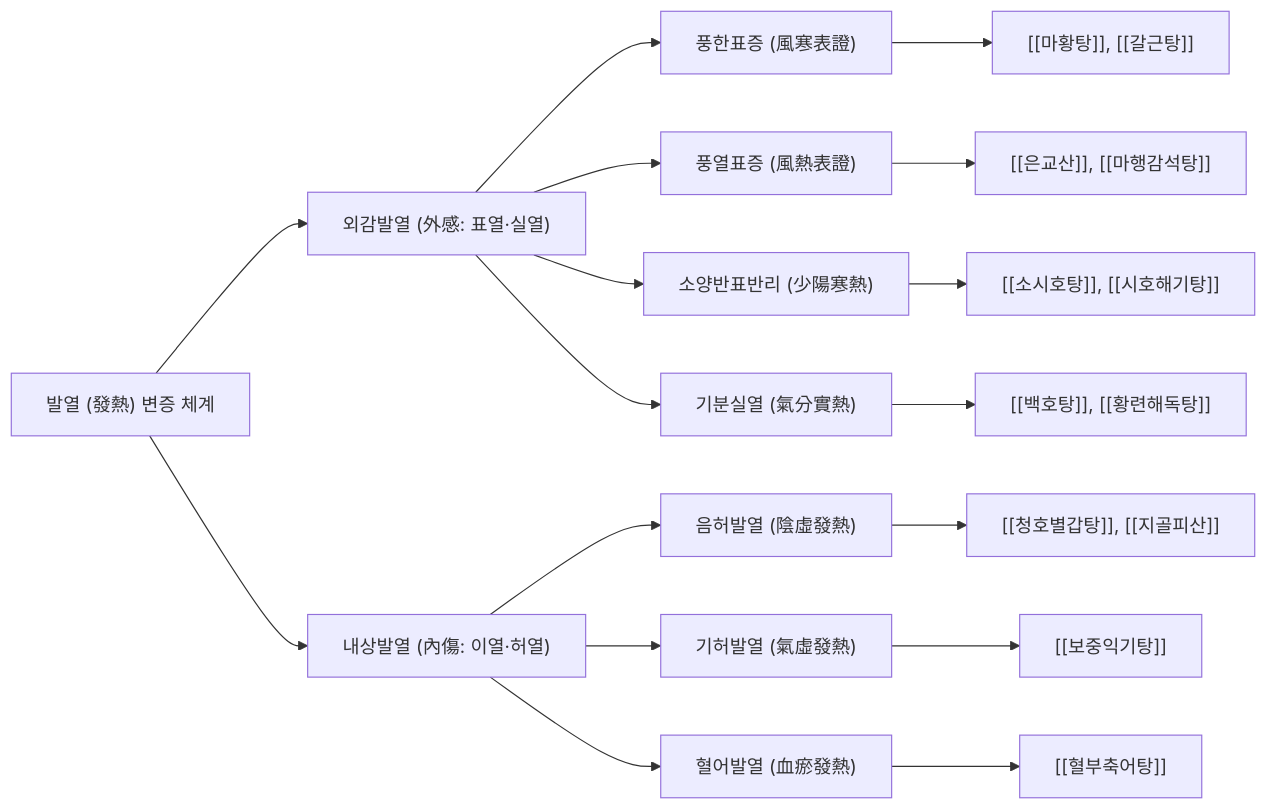
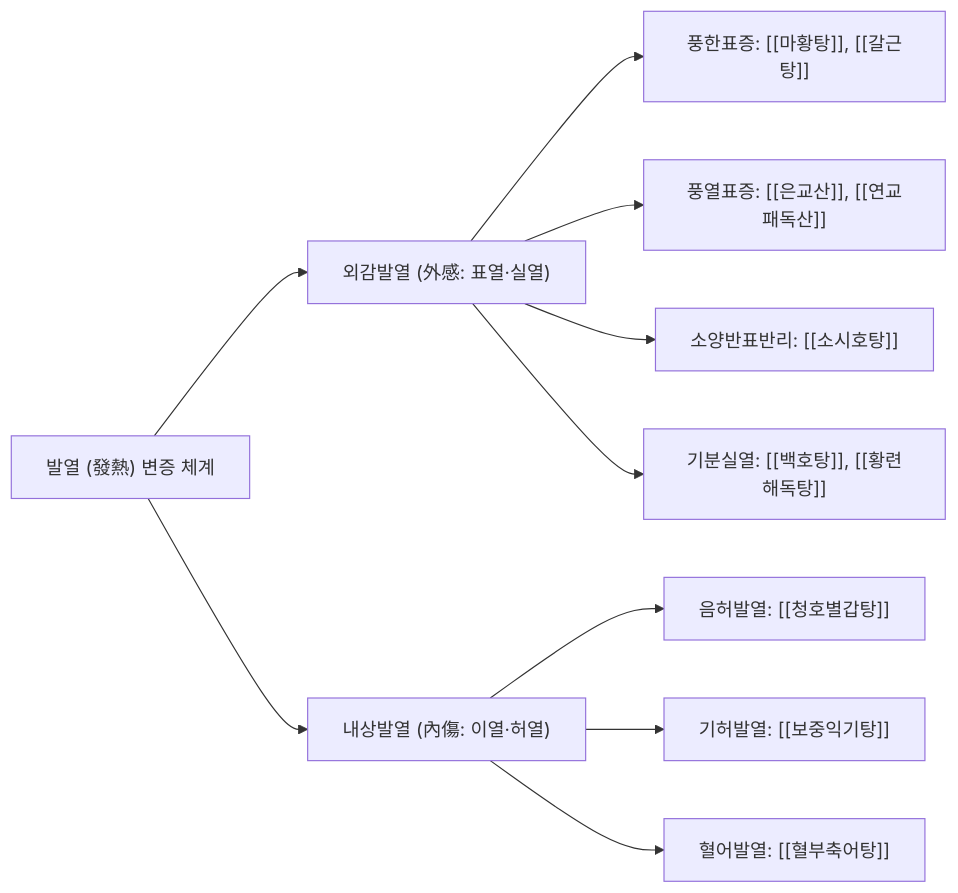
One commit to simbio11/simbio-digital-garden2 changed the second of 2 diagrams in content/3. 이론 공부/질환/호흡기 질환/기타 호흡기/발열.md. Above: the diagram before and after it, drawn with Mermaid. The commit also changed other lines of this file and 86 other files, not shown here.

````diff
--- a/content/3. 이론 공부/질환/호흡기 질환/기타 호흡기/발열.md
+++ b/content/3. 이론 공부/질환/호흡기 질환/기타 호흡기/발열.md
@@ -180,23 +137,14 @@
 ```mermaid
 graph LR
     Fever["발열 (發熱) 변증 체계"] --> External["외감발열 (外感: 표열·실열)"]
     Fever --> Internal["내상발열 (內傷: 이열·허열)"]
 
-    External --> WindCold["풍한표증 (風寒表證)"]
-    External --> WindHeat["풍열표증 (風熱表證)"]
-    External --> Shaoyang["소양반표반리 (少陽寒熱)"]
-    External --> QiLevel["기분실열 (氣分實熱)"]
+    External --> WindCold["풍한표증: [[마황탕]], [[갈근탕]]"]
+    External --> WindHeat["풍열표증: [[은교산]], [[연교패독산]]"]
+    External --> Shaoyang["소양반표반리: [[소시호탕]]"]
+    External --> QiLevel["기분실열: [[백호탕]], [[황련해독탕]]"]
 
-    WindCold --> F1["[[마황탕]], [[갈근탕]]"]
-    WindHeat --> F2["[[은교산]], [[마행감석탕]]"]
-    Shaoyang --> F3["[[소시호탕]], [[시호해기탕]]"]
-    QiLevel --> F4["[[백호탕]], [[황련해독탕]]"]
-
-    Internal --> YinDef["음허발열 (陰虛發熱)"]
-    Internal --> QiDef["기허발열 (氣虛發熱)"]
-    Internal --> BloodStasis["혈어발열 (血瘀發熱)"]
-
-    YinDef --> F5["[[청호별갑탕]], [[지골피산]]"]
-    QiDef --> F6["[[보중익기탕]]"]
-    BloodStasis --> F7["[[혈부축어탕]]"]
+    Internal --> YinDef["음허발열: [[청호별갑탕]]"]
+    Internal --> QiDef["기허발열: [[보중익기탕]]"]
+    Internal --> BloodStasis["혈어발열: [[혈부축어탕]]"]
 ```
````
